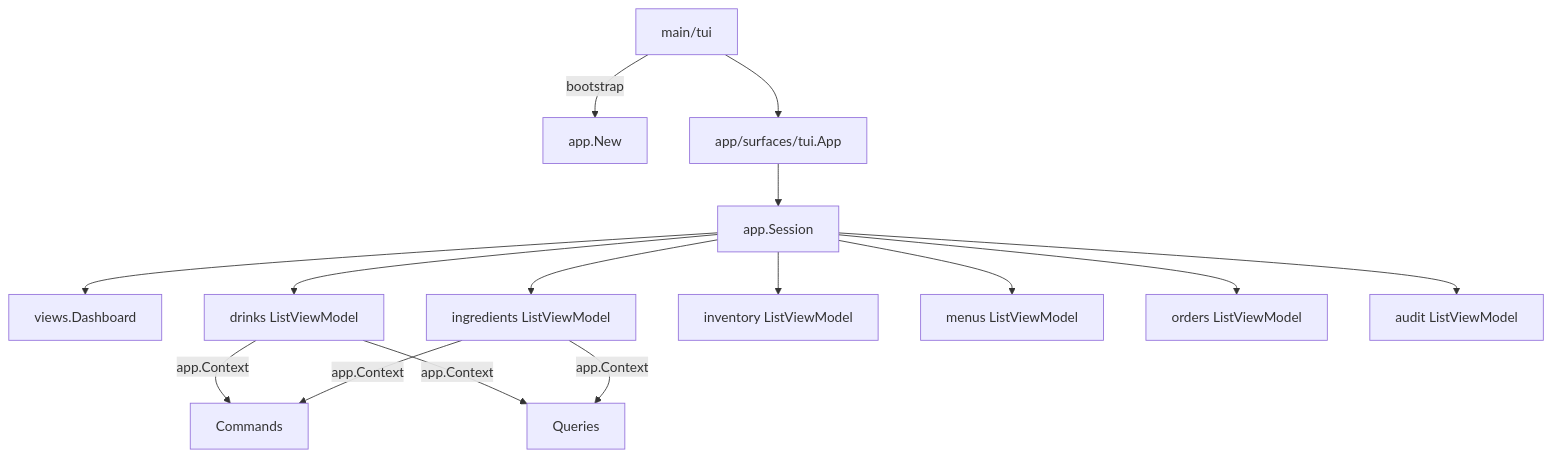
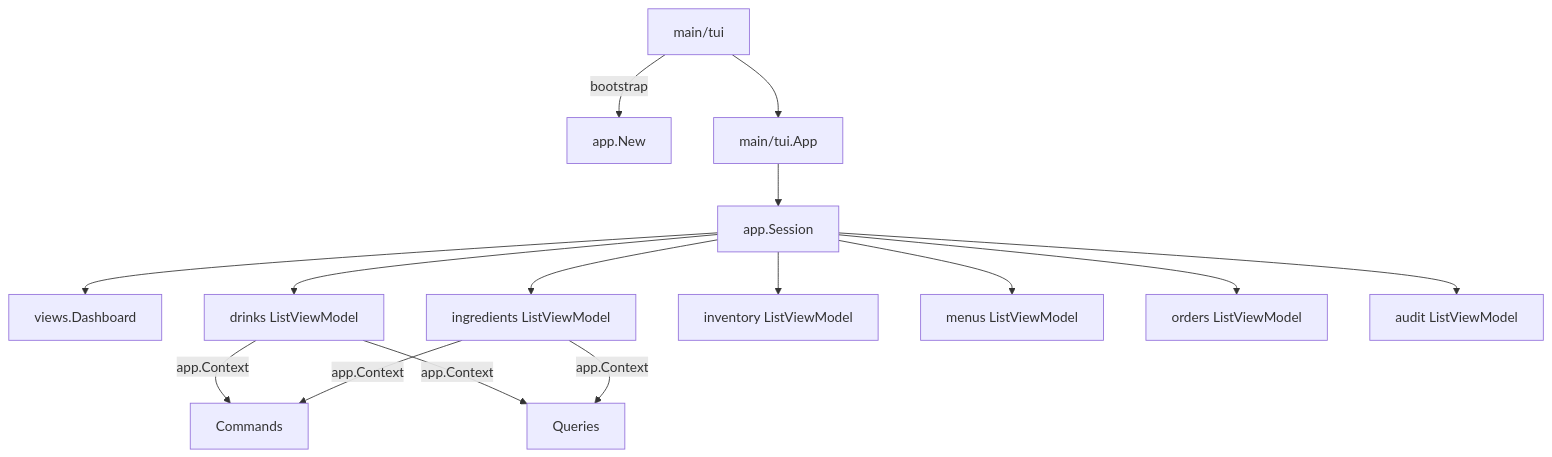
Before and after one commit to TheFellow/go-modular-monolith: the diagram in main/tui/README.md, drawn with Mermaid. The commit also changed other lines of this file and 16 other files, not shown here.

Commit message:
Keep TUI composition with its entry point

````diff
--- a/main/tui/README.md
+++ b/main/tui/README.md
@@ -7,18 +7,18 @@
 ```mermaid
 graph TD
     Entry[main/tui] -->|bootstrap| AppInit[app.New]
-    Entry --> TUI[app/surfaces/tui.App]
+    Entry --> TUI[main/tui.App]
     TUI --> App[app.Session]
     App --> Dash[views.Dashboard]
     App --> Drinks[drinks ListViewModel]
     App --> Ingredients[ingredients ListViewModel]
     App --> Inventory[inventory ListViewModel]
     App --> Menus[menus ListViewModel]
     App --> Orders[orders ListViewModel]
     App --> Audit[audit ListViewModel]
 
     Drinks -->|app.Context| Cmds[Commands]
     Drinks -->|app.Context| Qrys[Queries]
     Ingredients -->|app.Context| Cmds
     Ingredients -->|app.Context| Qrys
 ```
````
